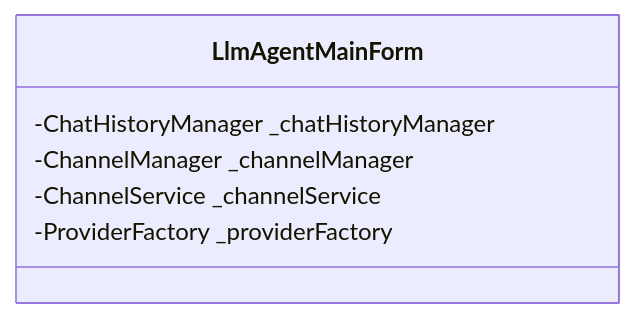
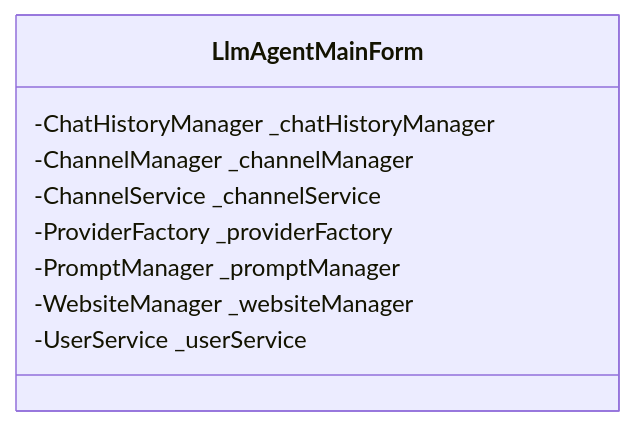
The seventh of 10 diagrams in Docs/architecture/index.md (rbetree/llm-agent), drawn with Mermaid before and after one commit. The commit also changed other lines of this file and 9 other files, not shown here.

````diff
--- a/Docs/architecture/index.md
+++ b/Docs/architecture/index.md
@@ -169,9 +197,12 @@
 ```mermaid
 classDiagram
     class LlmAgentMainForm {
         -ChatHistoryManager _chatHistoryManager
         -ChannelManager _channelManager
         -ChannelService _channelService
         -ProviderFactory _providerFactory
+        -PromptManager _promptManager
+        -WebsiteManager _websiteManager
+        -UserService _userService
     }
 ```
````
